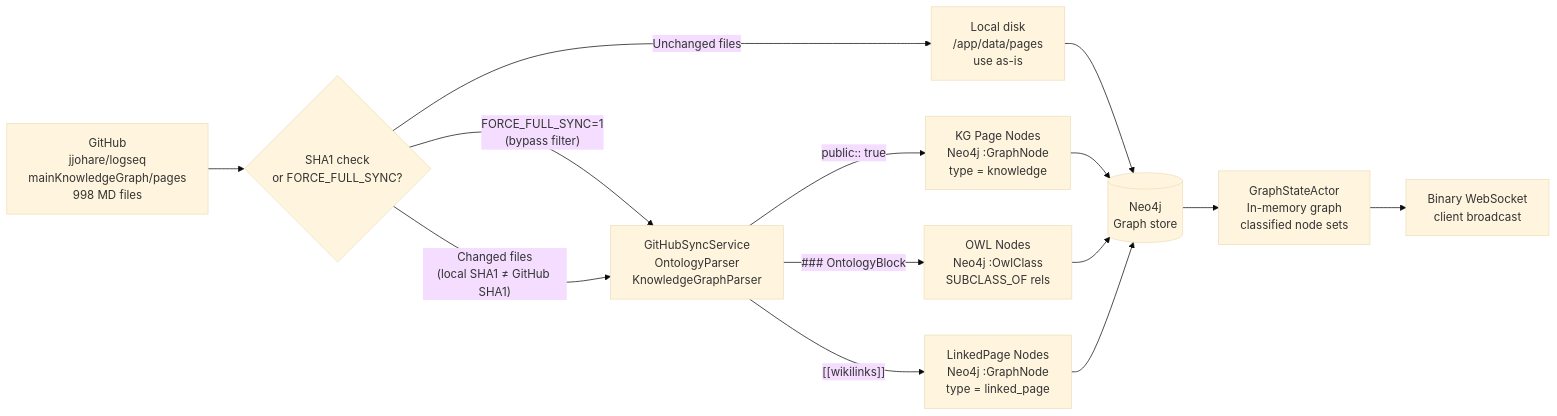
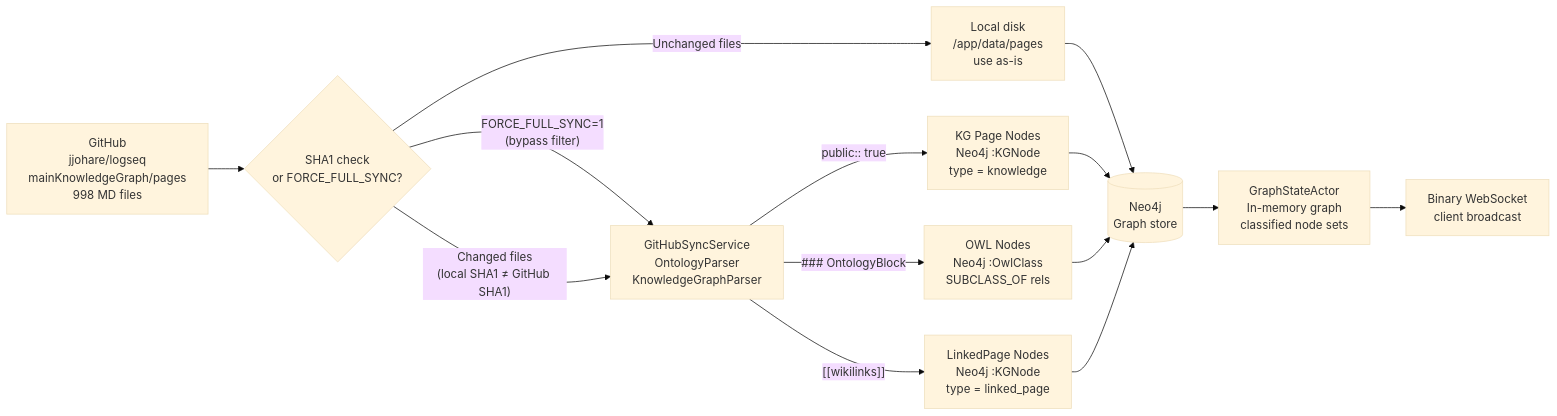
The first of 2 diagrams in docs/how-to/features/local-file-sync-strategy.md (shaneholloman/logseq-spring-thing), drawn with Mermaid (base theme) before and after one commit. The commit also changed other lines of this file and 55 other files, not shown here.

First line of the commit message:
refactor: unify GraphNode → KGNode across Rust, TS, Cypher, docs

````diff
--- a/docs/how-to/features/local-file-sync-strategy.md
+++ b/docs/how-to/features/local-file-sync-strategy.md
@@ -28,16 +28,16 @@
 ```mermaid
 flowchart LR
     GitHub[GitHub\njjohare/logseq\nmainKnowledgeGraph/pages\n998 MD files] --> SHA1{SHA1 check\nor FORCE_FULL_SYNC?}
     SHA1 -->|"FORCE_FULL_SYNC=1\n(bypass filter)"| Parser
     SHA1 -->|"Changed files\n(local SHA1 ≠ GitHub SHA1)"| Parser[GitHubSyncService\nOntologyParser\nKnowledgeGraphParser]
     SHA1 -->|Unchanged files| LocalDisk[Local disk\n/app/data/pages\nuse as-is]
-    Parser -->|"public:: true"| KG[KG Page Nodes\nNeo4j :GraphNode\ntype = knowledge]
+    Parser -->|"public:: true"| KG[KG Page Nodes\nNeo4j :KGNode\ntype = knowledge]
     Parser -->|"### OntologyBlock"| OWL[OWL Nodes\nNeo4j :OwlClass\nSUBCLASS_OF rels]
-    Parser -->|"[[wikilinks]]"| Linked[LinkedPage Nodes\nNeo4j :GraphNode\ntype = linked_page]
+    Parser -->|"[[wikilinks]]"| Linked[LinkedPage Nodes\nNeo4j :KGNode\ntype = linked_page]
     LocalDisk --> Neo4j
     KG --> Neo4j[(Neo4j\nGraph store)]
     OWL --> Neo4j
     Linked --> Neo4j
     Neo4j --> GSA[GraphStateActor\nIn-memory graph\nclassified node sets]
     GSA --> WS[Binary WebSocket\nclient broadcast]
 ```
````
